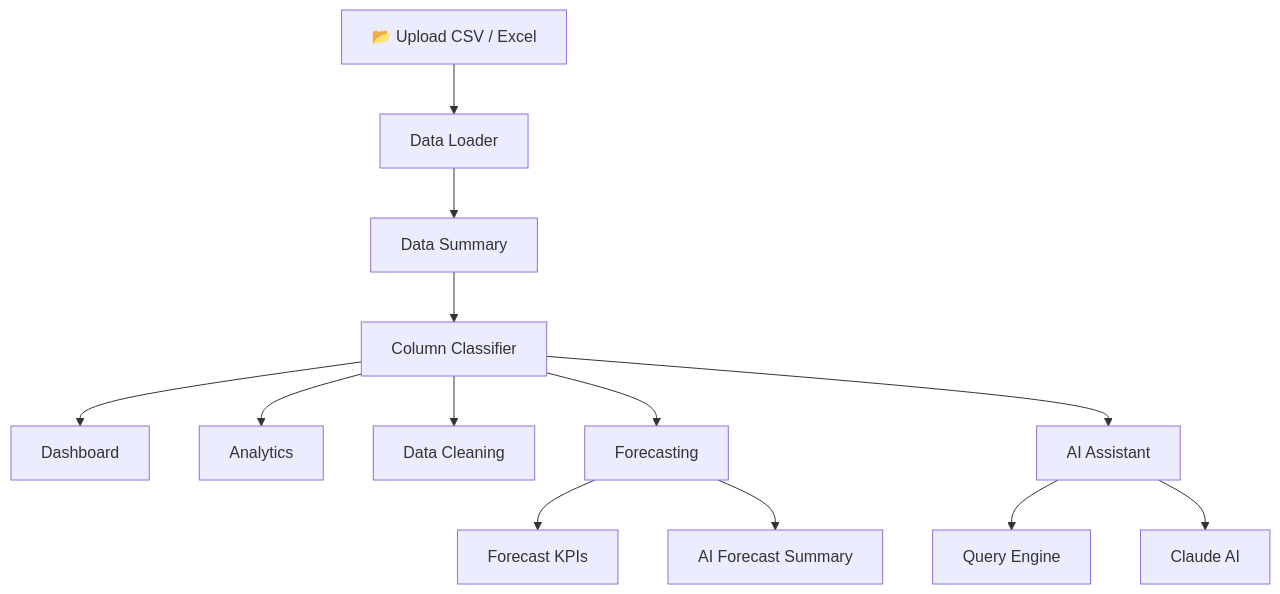
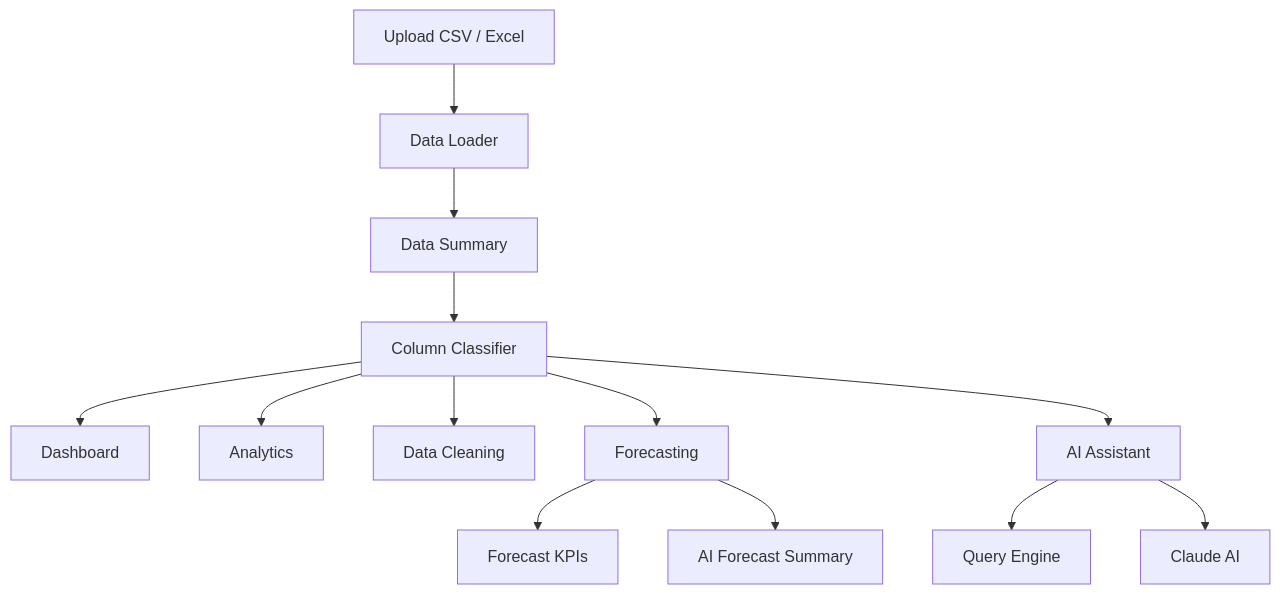
Before and after one commit to keerthana-data-stack/AI-Business-Intelligence-Copilot: the diagram in README.md, drawn with Mermaid.

Commit message:
fix system architecture flowchart

````diff
--- a/README.md
+++ b/README.md
@@ -68,28 +68,28 @@
 ```mermaid
 flowchart TD
 
-A[📂 Upload CSV / Excel]
+A[Upload CSV / Excel]
 --> B[Data Loader]
 
 B --> C[Data Summary]
 
 C --> D[Column Classifier]
 
 D --> E[Dashboard]
 
 D --> F[Analytics]
 
 D --> G[Data Cleaning]
 
 D --> H[Forecasting]
 
 D --> I[AI Assistant]
 
 I --> J[Query Engine]
 
 I --> K[Claude AI]
 
 H --> L[Forecast KPIs]
 
 H --> M[AI Forecast Summary]
 ```
````
